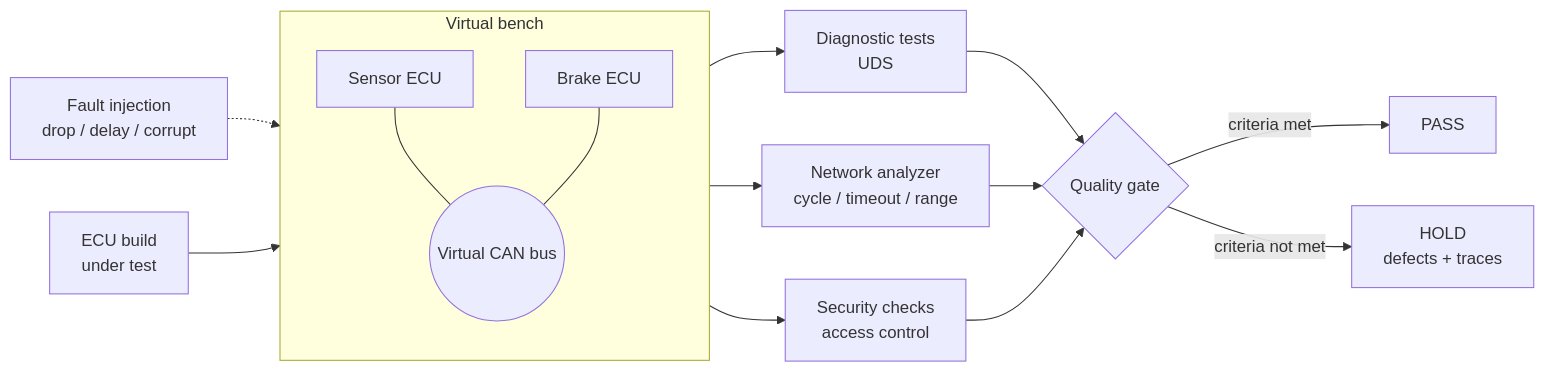
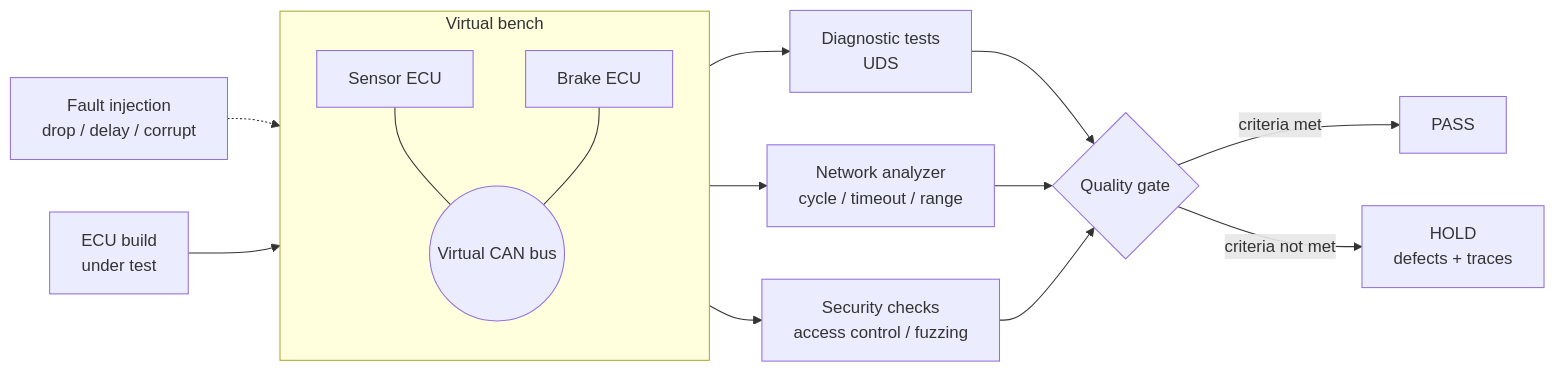
One commit to eungyun-im/ECU-Quality-gate changed the diagram in README.md. Above: the diagram before and after it, drawn with Mermaid. The commit also changed other lines of this file and 5 other files, not shown here.

Commit message:
Add security test design: seed replay, lockout bypass, diagnostic fuzzing

````diff
--- a/README.md
+++ b/README.md
@@ -33,24 +33,24 @@
 ```mermaid
 flowchart LR
     subgraph Bench[Virtual bench]
         direction TB
         E1[Sensor ECU]
         E2[Brake ECU]
         BUS((Virtual CAN bus))
         E1 --- BUS
         E2 --- BUS
     end
 
     B[ECU build<br>under test] --> Bench
     F[Fault injection<br>drop / delay / corrupt] -.-> BUS
 
     BUS --> D[Diagnostic tests<br>UDS]
     BUS --> N[Network analyzer<br>cycle / timeout / range]
-    BUS --> S[Security checks<br>access control]
+    BUS --> S[Security checks<br>access control / fuzzing]
 
     D --> G{Quality gate}
     N --> G
     S --> G
     G -- criteria met --> P[PASS]
     G -- criteria not met --> H[HOLD<br>defects + traces]
 ```
````
